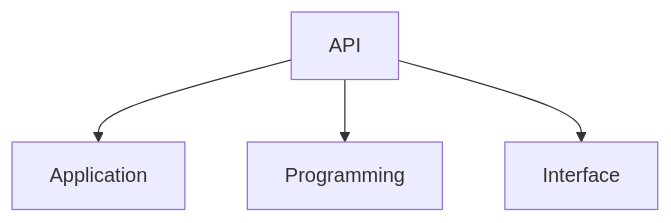
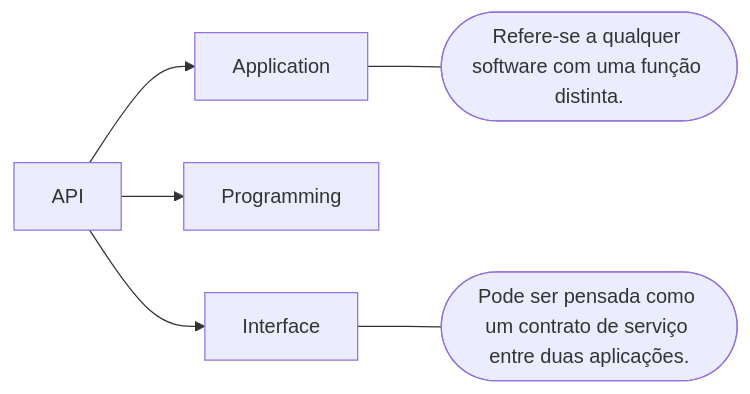
The first of 2 diagrams in Módulo 1/02. Desenvolvimento Web com Spring Boot 3 e Kotlin.md (joeywheelersam/Java-AI-Powered), drawn with Mermaid before and after one commit. The commit also changed other lines of this file, not shown here.

````diff
--- a/Módulo 1/02. Desenvolvimento Web com Spring Boot 3 e Kotlin.md
+++ b/Módulo 1/02. Desenvolvimento Web com Spring Boot 3 e Kotlin.md
@@ -35,6 +35,8 @@
 ```mermaid
-graph TD;
+graph LR;
     API --> Application;
+    Application --- A([Refere-se a qualquer software com uma função distinta.]);
     API --> Programming;
     API --> Interface;
+    Interface --- I([Pode ser pensada como um contrato de serviço entre duas aplicações.]);
 ```
````
